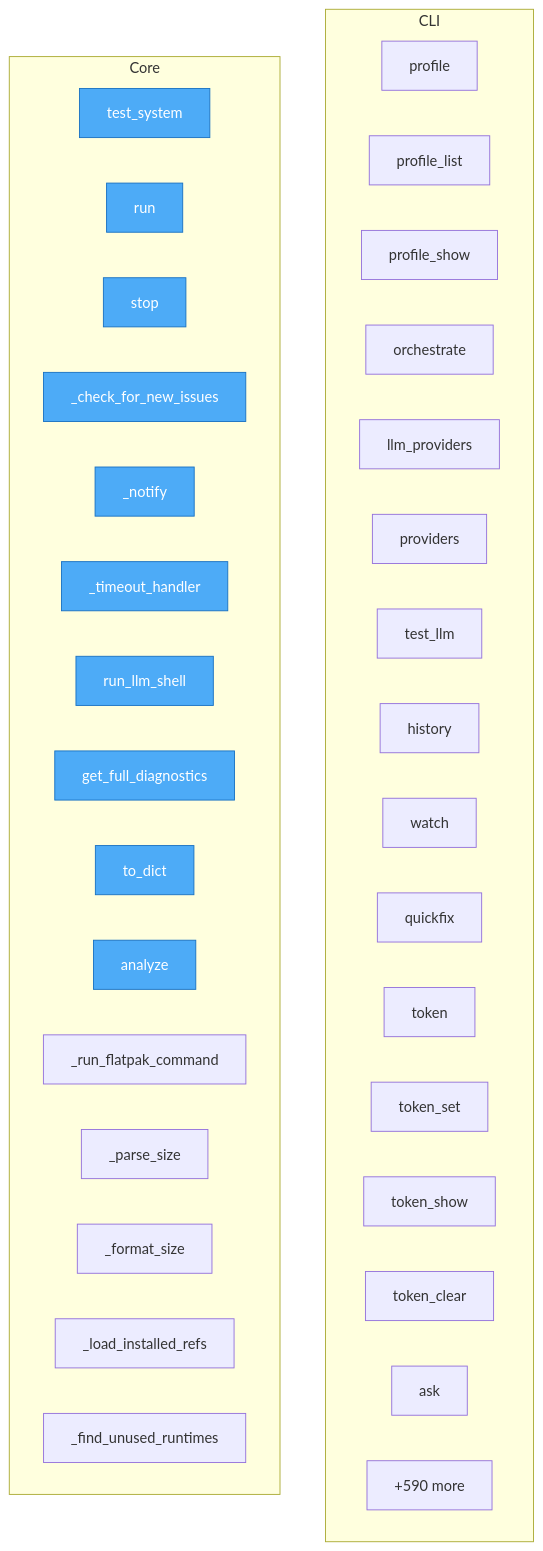
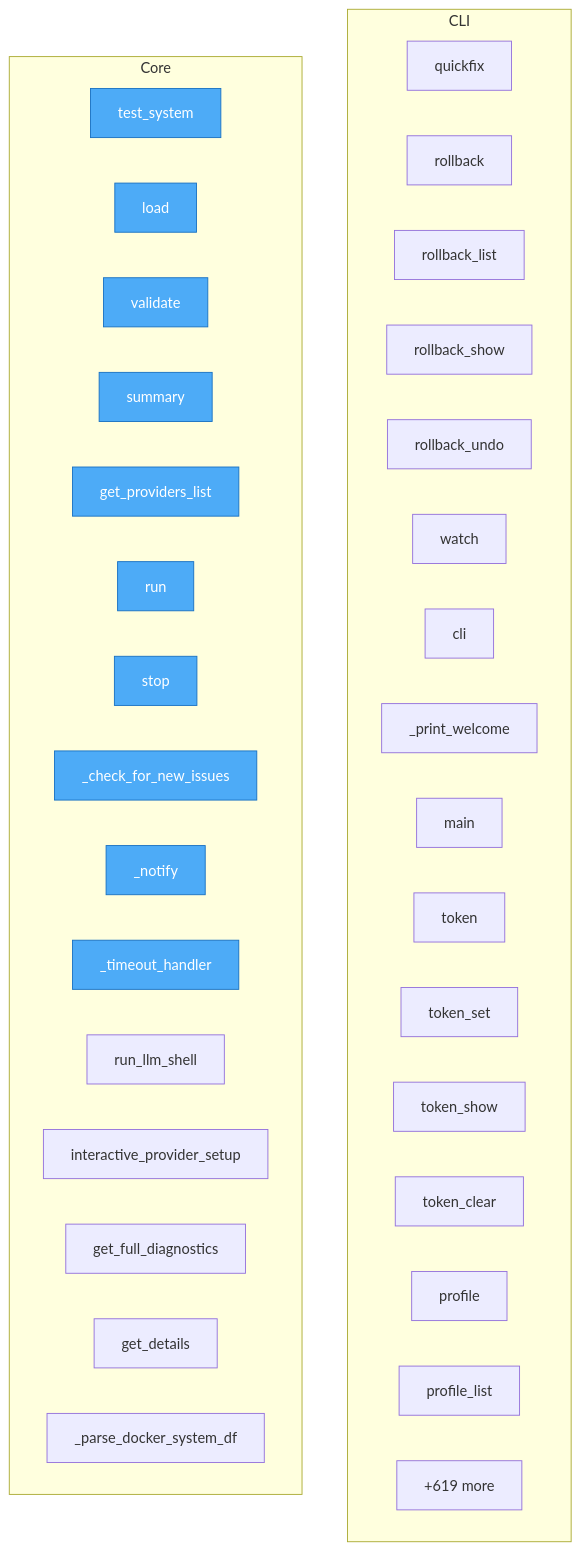
The diagram in project/flow.mmd (wronai/fixos), drawn with Mermaid before and after one commit. The commit also changed 30 other files, not shown here.

```diff
--- a/project/flow.mmd
+++ b/project/flow.mmd
@@ -1,44 +1,44 @@
 flowchart TD
 
     %% Entry points (blue)
     classDef entry fill:#4dabf7,stroke:#1971c2,color:#fff
 
     subgraph CLI
-        fixos__cli__profile_cmd__profile["profile"]
-        fixos__cli__profile_cmd__profile_list["profile_list"]
-        fixos__cli__profile_cmd__profile_show["profile_show"]
-        fixos__cli__orchestrate_cmd__orchestrate["orchestrate"]
-        fixos__cli__provider_cmd__llm_providers["llm_providers"]
-        fixos__cli__provider_cmd__providers["providers"]
-        fixos__cli__provider_cmd__test_llm["test_llm"]
-        fixos__cli__history_cmd__history["history"]
+        fixos__cli__quickfix_cmd__quickfix["quickfix"]
+        fixos__cli__rollback_cmd__rollback["rollback"]
+        fixos__cli__rollback_cmd__rollback_list["rollback_list"]
+        fixos__cli__rollback_cmd__rollback_show["rollback_show"]
+        fixos__cli__rollback_cmd__rollback_undo["rollback_undo"]
         fixos__cli__watch_cmd__watch["watch"]
-        fixos__cli__quickfix_cmd__quickfix["quickfix"]
+        fixos__cli__main__cli["cli"]
+        fixos__cli__main___print_welcome["_print_welcome"]
+        fixos__cli__main__main["main"]
         fixos__cli__token_cmd__token["token"]
         fixos__cli__token_cmd__token_set["token_set"]
         fixos__cli__token_cmd__token_show["token_show"]
         fixos__cli__token_cmd__token_clear["token_clear"]
-        fixos__cli__ask_cmd__ask["ask"]
-        ...["+95 more"]
+        fixos__cli__profile_cmd__profile["profile"]
+        fixos__cli__profile_cmd__profile_list["profile_list"]
+        ...["+108 more"]
     end
 
     subgraph Core
         docker__test_multi_system__test_system["test_system"]
+        fixos__config__FixOsConfig__load["load"]
+        fixos__config__FixOsConfig__validate["validate"]
+        fixos__config__FixOsConfig__summary["summary"]
+        fixos__config__get_providers_list["get_providers_list"]
         fixos__watch__WatchDaemon__run["run"]
         fixos__watch__WatchDaemon__stop["stop"]
         fixos__watch__WatchDaemon___check_for_new_issues["_check_for_new_issues"]
         fixos__watch__WatchDaemon___notify["_notify"]
         fixos__llm_shell___timeout_handler["_timeout_handler"]
         fixos__llm_shell__run_llm_shell["run_llm_shell"]
+        fixos__config_interactive__interactive_provider_setup["interactive_provider_setup"]
         fixos__diagnostics__system_checks__get_full_diagnostics["get_full_diagnostics"]
-        fixos__diagnostics__flatpak_analyzer__FlatpakItemInfo__to_dict["to_dict"]
-        fixos__diagnostics__flatpak_analyzer__FlatpakAnalyzer__analyze["analyze"]
-        fixos__diagnostics__flatpak_analyzer__FlatpakAnalyzer___run_flatpak_command["_run_flatpak_command"]
-        fixos__diagnostics__flatpak_analyzer__FlatpakAnalyzer___parse_size["_parse_size"]
-        fixos__diagnostics__flatpak_analyzer__FlatpakAnalyzer___format_size["_format_size"]
-        fixos__diagnostics__flatpak_analyzer__FlatpakAnalyzer___load_installed_refs["_load_installed_refs"]
-        fixos__diagnostics__flatpak_analyzer__FlatpakAnalyzer___find_unused_runtimes["_find_unused_runtimes"]
-        ...["+590 more"]
+        fixos__diagnostics__service_details__ServiceDetailsProvider__get_details["get_details"]
+        fixos__diagnostics__service_details__ServiceDetailsProvider___parse_docker_system_df["_parse_docker_system_df"]
+        ...["+619 more"]
     end
 
-    class docker__test_multi_system__test_system,fixos__watch__WatchDaemon__run,fixos__watch__WatchDaemon__stop,fixos__watch__WatchDaemon___check_for_new_issues,fixos__watch__WatchDaemon___notify,fixos__llm_shell___timeout_handler,fixos__llm_shell__run_llm_shell,fixos__diagnostics__system_checks__get_full_diagnostics,fixos__diagnostics__flatpak_analyzer__FlatpakItemInfo__to_dict,fixos__diagnostics__flatpak_analyzer__FlatpakAnalyzer__analyze entry
+    class docker__test_multi_system__test_system,fixos__config__FixOsConfig__load,fixos__config__FixOsConfig__validate,fixos__config__FixOsConfig__summary,fixos__config__get_providers_list,fixos__watch__WatchDaemon__run,fixos__watch__WatchDaemon__stop,fixos__watch__WatchDaemon___check_for_new_issues,fixos__watch__WatchDaemon___notify,fixos__llm_shell___timeout_handler entry
```
